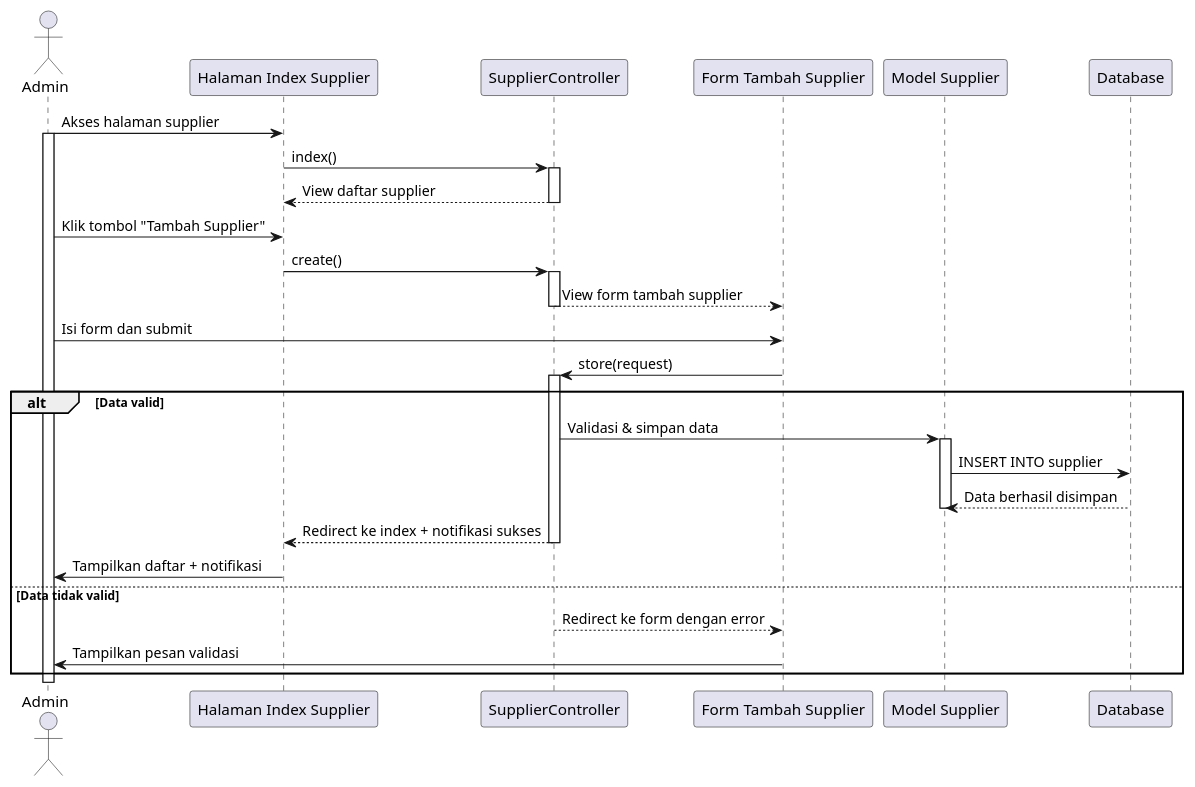
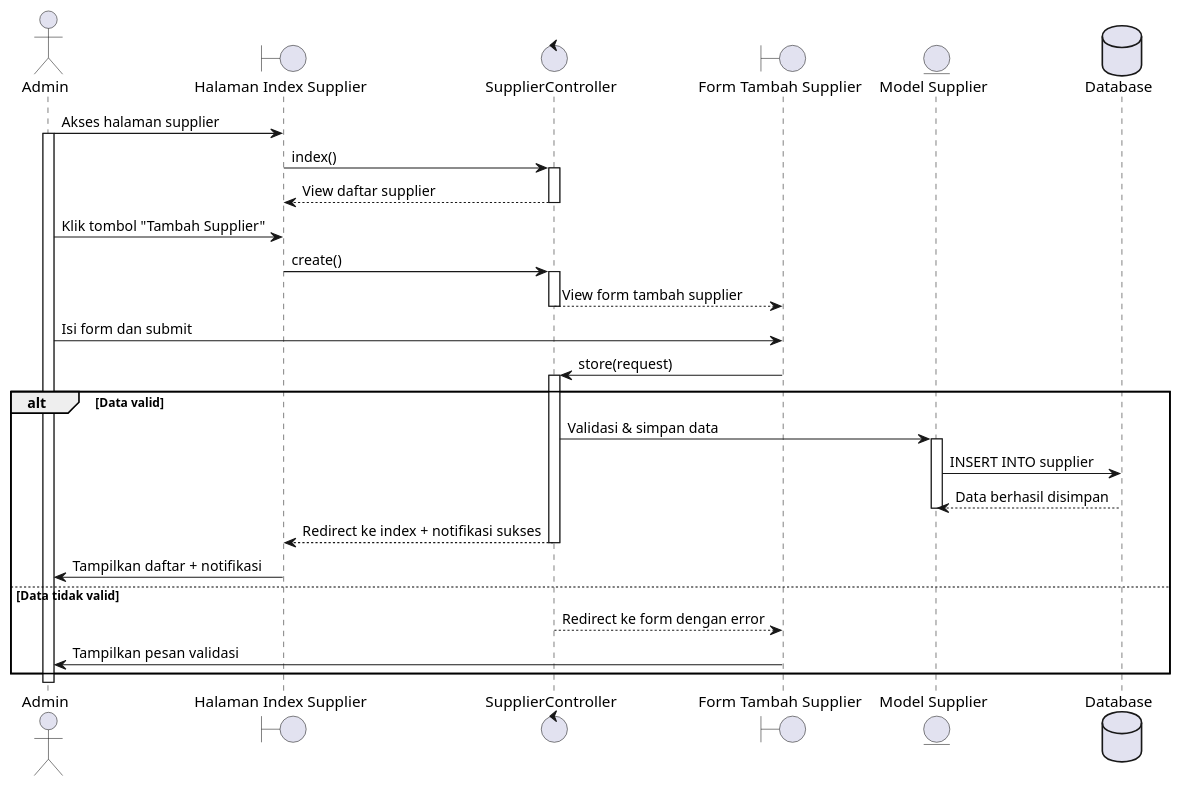
The diagram in sequence diagram/supplier/membuat_supplier.wsd (tengahcang/UML_TA), drawn with PlantUML before and after one commit. The commit also changed 115 other files, not shown here.

```diff
--- a/sequence diagram/supplier/membuat_supplier.wsd
+++ b/sequence diagram/supplier/membuat_supplier.wsd
@@ -1,43 +1,43 @@
 @startuml
 actor Admin
 
-participant "Halaman Index Supplier" as SupplierIndex
-participant "SupplierController" as SupplierController
-participant "Form Tambah Supplier" as SupplierForm
-participant "Model Supplier" as SupplierModel
-participant "Database" as DB
+boundary "Halaman Index Supplier" as SupplierIndex
+control "SupplierController" as SupplierController
+boundary "Form Tambah Supplier" as SupplierForm
+entity "Model Supplier" as SupplierModel
+database "Database" as DB
 
 Admin -> SupplierIndex: Akses halaman supplier
 activate Admin
 SupplierIndex -> SupplierController: index()
 activate SupplierController
 SupplierController --> SupplierIndex: View daftar supplier
 deactivate SupplierController
 
 Admin -> SupplierIndex: Klik tombol "Tambah Supplier"
 SupplierIndex -> SupplierController: create()
 activate SupplierController
 SupplierController --> SupplierForm: View form tambah supplier
 deactivate SupplierController
 
 Admin -> SupplierForm: Isi form dan submit
 SupplierForm -> SupplierController: store(request)
 activate SupplierController
 
 alt Data valid
     SupplierController -> SupplierModel: Validasi & simpan data
     activate SupplierModel
     SupplierModel -> DB: INSERT INTO supplier
     DB --> SupplierModel: Data berhasil disimpan
     deactivate SupplierModel
 
     SupplierController --> SupplierIndex: Redirect ke index + notifikasi sukses
     deactivate SupplierController
     SupplierIndex -> Admin: Tampilkan daftar + notifikasi
 else Data tidak valid
     SupplierController --> SupplierForm: Redirect ke form dengan error
     deactivate SupplierController
     SupplierForm -> Admin: Tampilkan pesan validasi
 end
 
 @enduml
```
